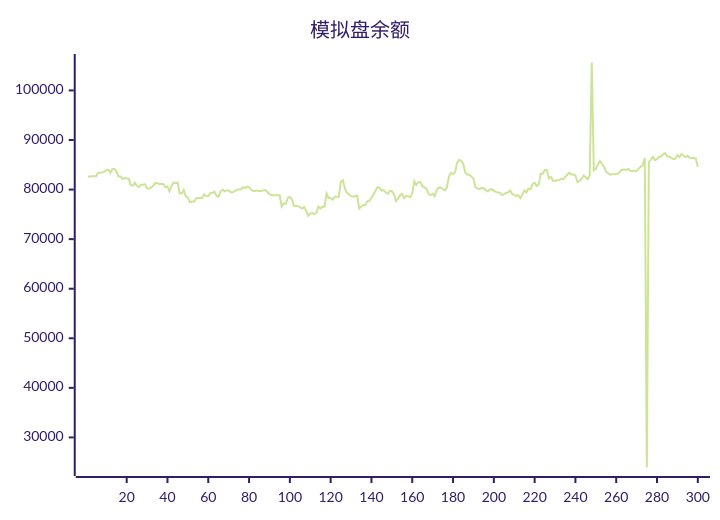
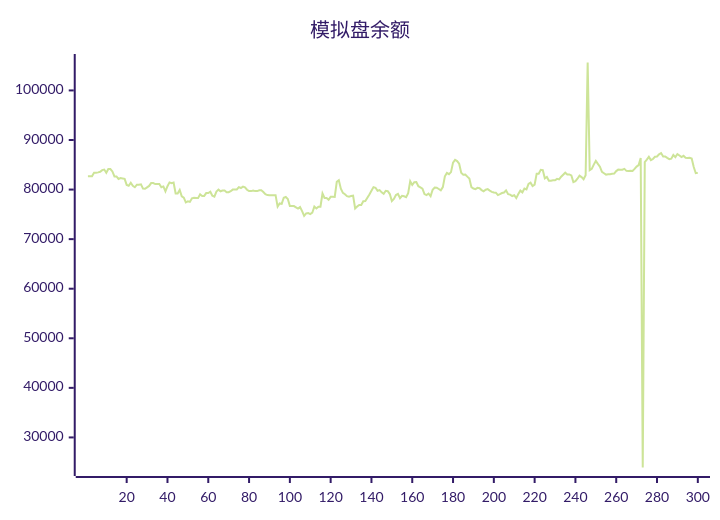
Before and after one commit to aahl/ai-trading: the diagram in README.md, drawn with Mermaid (forest theme). The commit also changed other lines of this file and 1 other file, not shown here.

````diff
--- a/README.md
+++ b/README.md
@@ -5,5 +5,5 @@
 ```mermaid
 xychart
     title "模拟盘余额"
-    line [82571,82633,82670,82670,82681,83386,83378,83464,83579,83920,84037,83402,84160,84142,83652,82655,82655,82145,82315,82243,82163,80934,80770,81371,80742,80468,80989,80989,81067,80191,80155,80450,80737,81309,81309,81106,81119,81119,80471,80631,79624,80670,81448,81290,81429,79212,79222,79940,78643,78380,77432,77623,77504,78235,78358,78284,78277,79048,78714,78714,79290,79308,79567,78763,78563,79603,79988,79652,79813,79813,79476,79469,79673,79995,80015,80015,80486,80314,80600,80436,79966,79689,79689,79819,79692,79692,79850,79850,79518,79071,78889,78850,78850,78878,78878,76554,77202,77103,78357,78510,78106,76678,76677,76672,76411,76159,76485,75656,74695,75197,75246,75052,75334,76564,76179,76553,76551,79196,78300,78300,77944,78531,78531,78521,81564,81884,80160,79335,79055,78675,78580,78708,78764,76179,76586,76902,76876,77658,77669,78346,79023,79769,80497,80366,79761,79896,79448,79126,79749,79658,79097,77695,78114,78888,79126,78249,78738,78653,78478,79271,81680,80923,81488,81527,80681,80455,80190,79084,78879,79193,78686,79954,80403,80374,80118,79848,80491,82665,83351,83098,83525,85430,85983,85737,85221,83378,83014,83043,82613,82216,80477,80208,80081,80348,80277,79894,79670,79965,80093,79786,79542,79406,79371,78893,79087,79304,79406,79841,79072,78978,78696,78846,78272,79085,79787,79442,80198,80031,81120,81379,80718,80985,83214,83212,83993,83921,82270,82547,81776,81776,81866,81866,82158,82061,82596,83000,83408,83041,83050,82858,81503,81691,82188,82812,82517,82092,82901,105633,83898,84180,85030,85781,85178,84604,83569,83298,83008,83093,83107,83175,83228,83729,84025,84017,84019,84177,83775,83762,83785,83738,84160,84639,84939,86370,23934,85548,86046,86599,85942,86161,86622,86664,87115,87369,86666,86685,86384,86152,86243,86969,86548,87164,86885,86566,86809,86427,86348,86417,86273,84538]
+    line [82670,82670,82681,83386,83378,83464,83579,83920,84037,83402,84160,84142,83652,82655,82655,82145,82315,82243,82163,80934,80770,81371,80742,80468,80989,80989,81067,80191,80155,80450,80737,81309,81309,81106,81119,81119,80471,80631,79624,80670,81448,81290,81429,79212,79222,79940,78643,78380,77432,77623,77504,78235,78358,78284,78277,79048,78714,78714,79290,79308,79567,78763,78563,79603,79988,79652,79813,79813,79476,79469,79673,79995,80015,80015,80486,80314,80600,80436,79966,79689,79689,79819,79692,79692,79850,79850,79518,79071,78889,78850,78850,78878,78878,76554,77202,77103,78357,78510,78106,76678,76677,76672,76411,76159,76485,75656,74695,75197,75246,75052,75334,76564,76179,76553,76551,79196,78300,78300,77944,78531,78531,78521,81564,81884,80160,79335,79055,78675,78580,78708,78764,76179,76586,76902,76876,77658,77669,78346,79023,79769,80497,80366,79761,79896,79448,79126,79749,79658,79097,77695,78114,78888,79126,78249,78738,78653,78478,79271,81680,80923,81488,81527,80681,80455,80190,79084,78879,79193,78686,79954,80403,80374,80118,79848,80491,82665,83351,83098,83525,85430,85983,85737,85221,83378,83014,83043,82613,82216,80477,80208,80081,80348,80277,79894,79670,79965,80093,79786,79542,79406,79371,78893,79087,79304,79406,79841,79072,78978,78696,78846,78272,79085,79787,79442,80198,80031,81120,81379,80718,80985,83214,83212,83993,83921,82270,82547,81776,81776,81866,81866,82158,82061,82596,83000,83408,83041,83050,82858,81503,81691,82188,82812,82517,82092,82901,105633,83898,84180,85030,85781,85178,84604,83569,83298,83008,83093,83107,83175,83228,83729,84025,84017,84019,84177,83775,83762,83785,83738,84160,84639,84939,86370,23934,85548,86046,86599,85942,86161,86622,86664,87115,87369,86666,86685,86384,86152,86243,86969,86548,87164,86885,86566,86809,86427,86348,86417,86273,84538,83299,83369]
 ```
````
